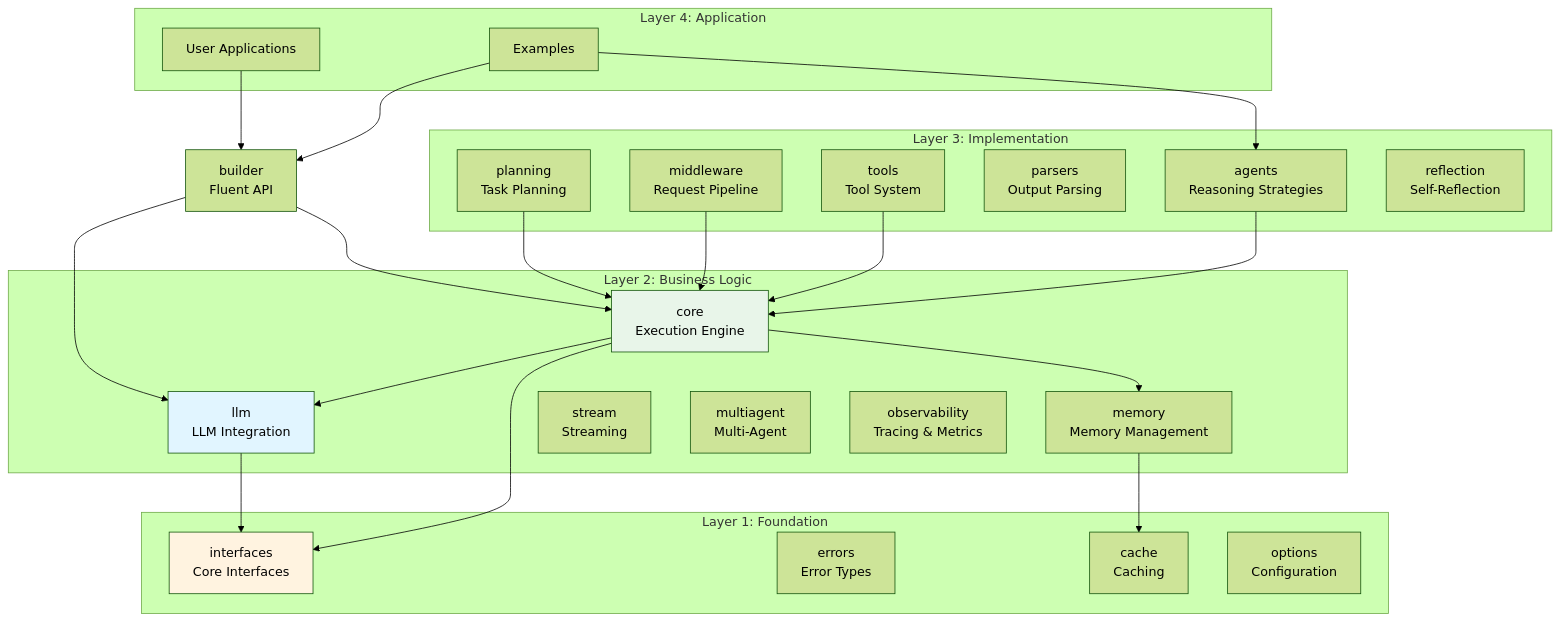
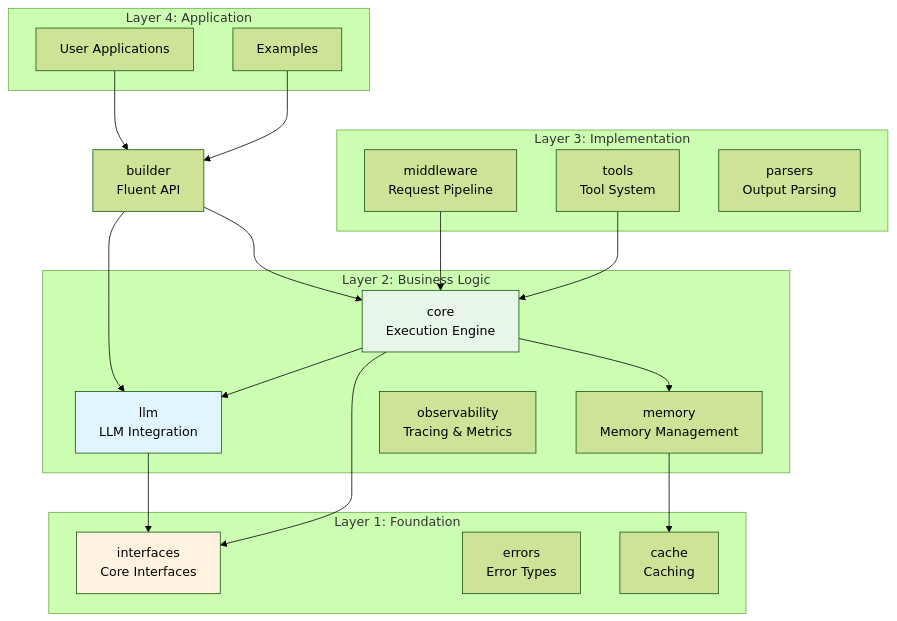
The first of 2 diagrams in README.md (kart-io/goagent), drawn with Mermaid (forest theme) before and after one commit. The commit also changed other lines of this file and 401 other files, not shown here.

````diff
--- a/README.md
+++ b/README.md
@@ -115,56 +114,47 @@
 ```mermaid
 graph TB
     subgraph "Layer 4: Application"
         Examples["Examples"]
         UserApps["User Applications"]
     end
 
     subgraph "Layer 3: Implementation"
-        Agents["agents<br/>Reasoning Strategies"]
         Tools["tools<br/>Tool System"]
         Middleware["middleware<br/>Request Pipeline"]
         Parsers["parsers<br/>Output Parsing"]
-        Planning["planning<br/>Task Planning"]
-        Reflection["reflection<br/>Self-Reflection"]
     end
 
     subgraph "Layer 2: Business Logic"
         Core["core<br/>Execution Engine"]
         LLM["llm<br/>LLM Integration"]
         Memory["memory<br/>Memory Management"]
-        Stream["stream<br/>Streaming"]
-        MultiAgent["multiagent<br/>Multi-Agent"]
         Observability["observability<br/>Tracing & Metrics"]
     end
 
     subgraph "Layer 1: Foundation"
         Interfaces["interfaces<br/>Core Interfaces"]
         Errors["errors<br/>Error Types"]
         Cache["cache<br/>Caching"]
-        Options["options<br/>Configuration"]
     end
 
-    Examples --> Agents
     Examples --> Builder
     UserApps --> Builder
 
-    Agents --> Core
     Tools --> Core
     Middleware --> Core
-    Planning --> Core
 
     Core --> LLM
     Core --> Memory
     Core --> Interfaces
 
     LLM --> Interfaces
     Memory --> Cache
 
     style Core fill:#e8f5e9
     style LLM fill:#e1f5ff
     style Interfaces fill:#fff3e0
 
     Builder["builder<br/>Fluent API"]
     Builder --> Core
     Builder --> LLM
 ```
````
